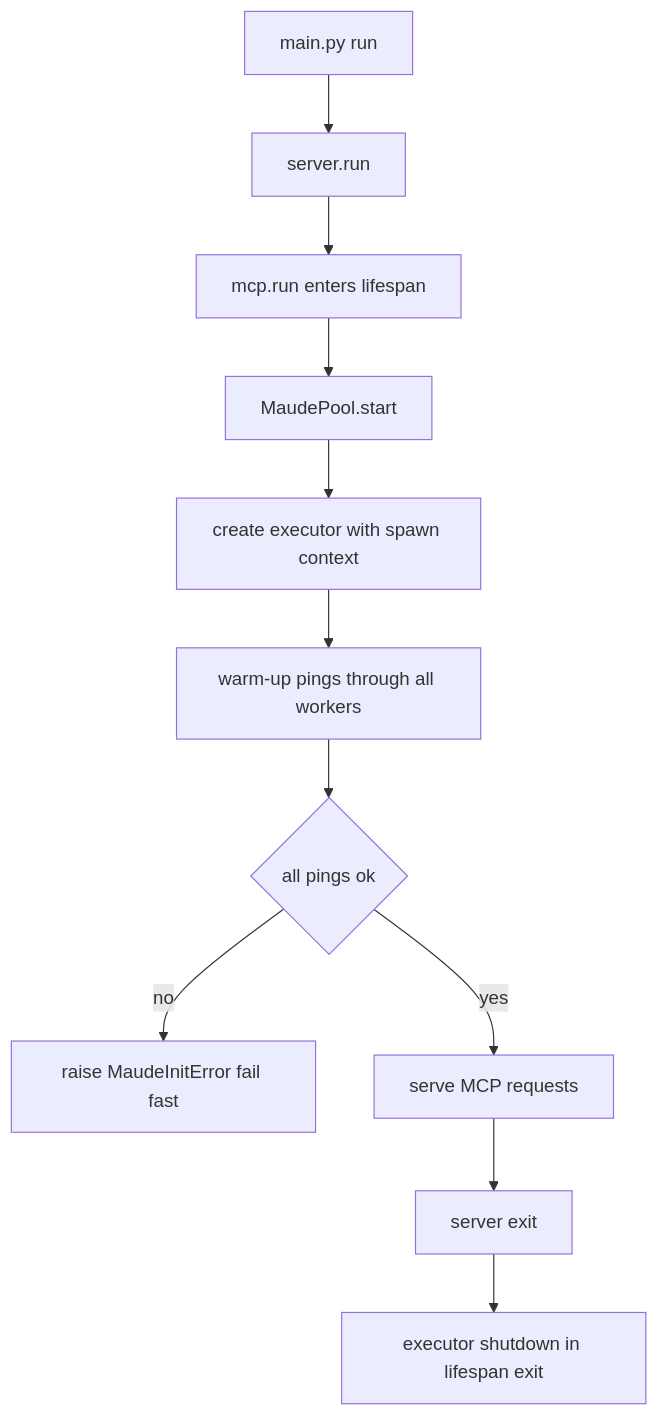
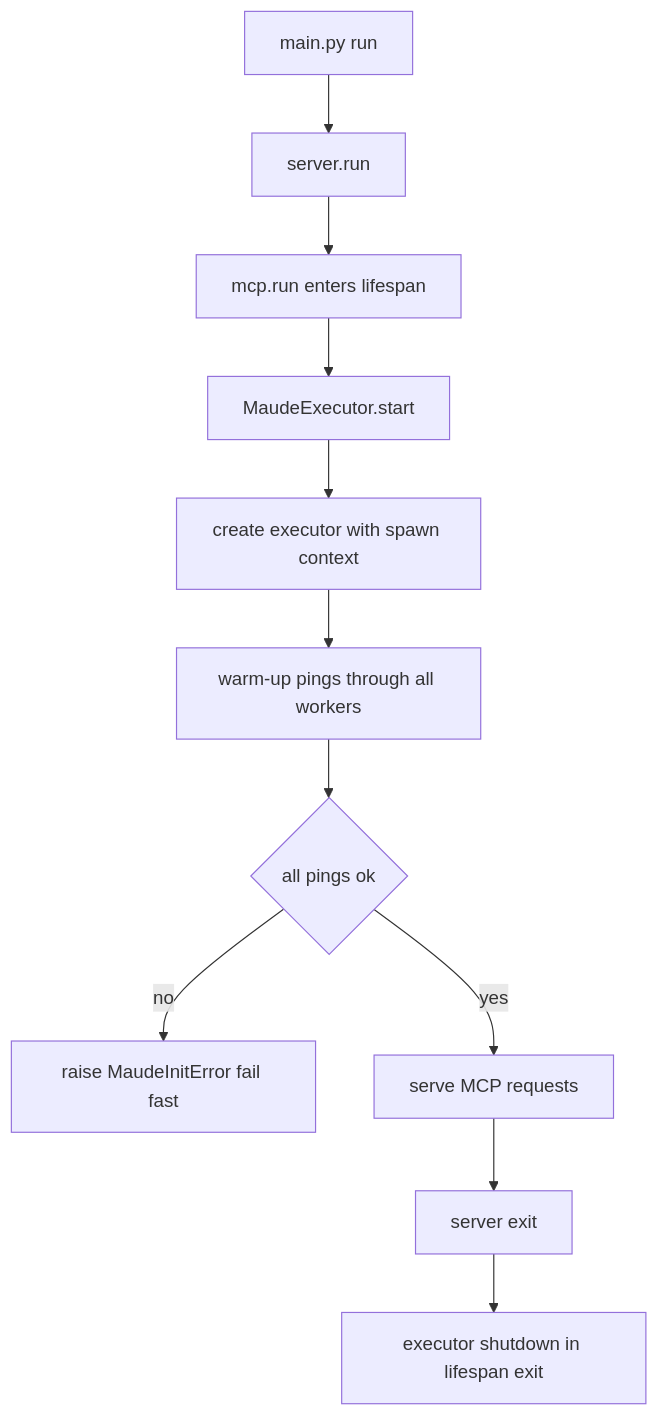
One commit to demiourgoi/Harold changed the third of 5 diagrams in harold-mcp/.agents/planning/maude-diagnostics-tool-v1/design/detailed-design.md. Above: the diagram before and after it, drawn with Mermaid. The commit also changed other lines of this file and 1 other file, not shown here.

````diff
--- a/harold-mcp/.agents/planning/maude-diagnostics-tool-v1/design/detailed-design.md
+++ b/harold-mcp/.agents/planning/maude-diagnostics-tool-v1/design/detailed-design.md
@@ -117,13 +127,13 @@
 ```mermaid
 flowchart TD
     A[main.py run] --> B[server.run]
     B --> C[mcp.run enters lifespan]
-    C --> D[MaudePool.start]
+    C --> D[MaudeExecutor.start]
     D --> E[create executor with spawn context]
     E --> F[warm-up pings through all workers]
     F --> G{all pings ok}
     G -->|no| H[raise MaudeInitError fail fast]
     G -->|yes| I[serve MCP requests]
     I --> J[server exit]
     J --> K[executor shutdown in lifespan exit]
 ```
````
